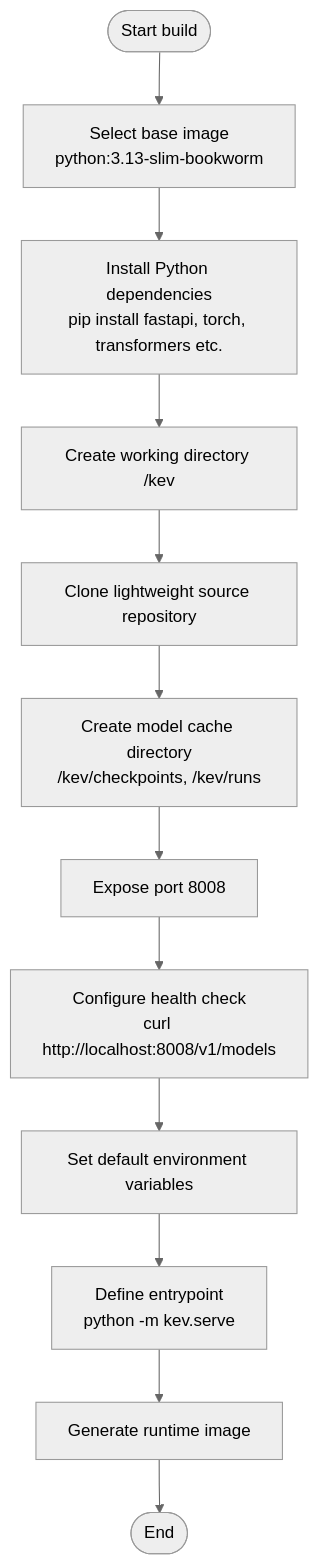
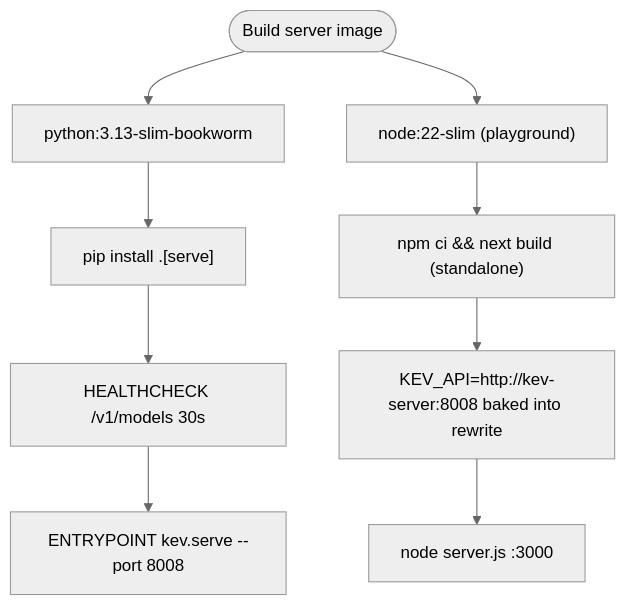
The third of 5 diagrams in .qoder/repowiki/en/content/Deployment Guide/Containerized Deployment/Containerized Deployment.md (joezxh/kev), drawn with Mermaid (neutral theme) before and after one commit. The commit also changed other lines of this file and 193 other files, not shown here.

````diff
--- a/.qoder/repowiki/en/content/Deployment Guide/Containerized Deployment/Containerized Deployment.md
+++ b/.qoder/repowiki/en/content/Deployment Guide/Containerized Deployment/Containerized Deployment.md
@@ -151,14 +155,11 @@
 ```mermaid
 graph TD
-Start(["Start build"]) --> Base["Select base image<br/>python:3.13-slim-bookworm"]
-Base --> Install["Install Python dependencies<br/>pip install fastapi, torch, transformers etc."]
-Install --> Workdir["Create working directory /kev"]
-Workdir --> Clone["Clone lightweight source repository"]
-Clone --> Cache["Create model cache directory<br/>/kev/checkpoints, /kev/runs"]
-Cache --> Expose["Expose port 8008"]
-Expose --> Health["Configure health check<br/>curl http://localhost:8008/v1/models"]
-Health --> Env["Set default environment variables"]
-Env --> Entrypoint["Define entrypoint<br/>python -m kev.serve"]
-Entrypoint --> Final["Generate runtime image"]
-Final --> End(["End"])
+Start(["Build server image"]) --> Base["python:3.13-slim-bookworm"]
+Base --> Inst["pip install .[serve]"]
+Inst --> Health["HEALTHCHECK /v1/models 30s"]
+Health --> Entry["ENTRYPOINT kev.serve --port 8008"]
+Start --> PBase["node:22-slim (playground)"]
+PBase --> PBuild["npm ci && next build (standalone)"]
+PBuild --> PBake["KEV_API=http://kev-server:8008 baked into rewrite"]
+PBake --> PRun["node server.js :3000"]
 ```
````
